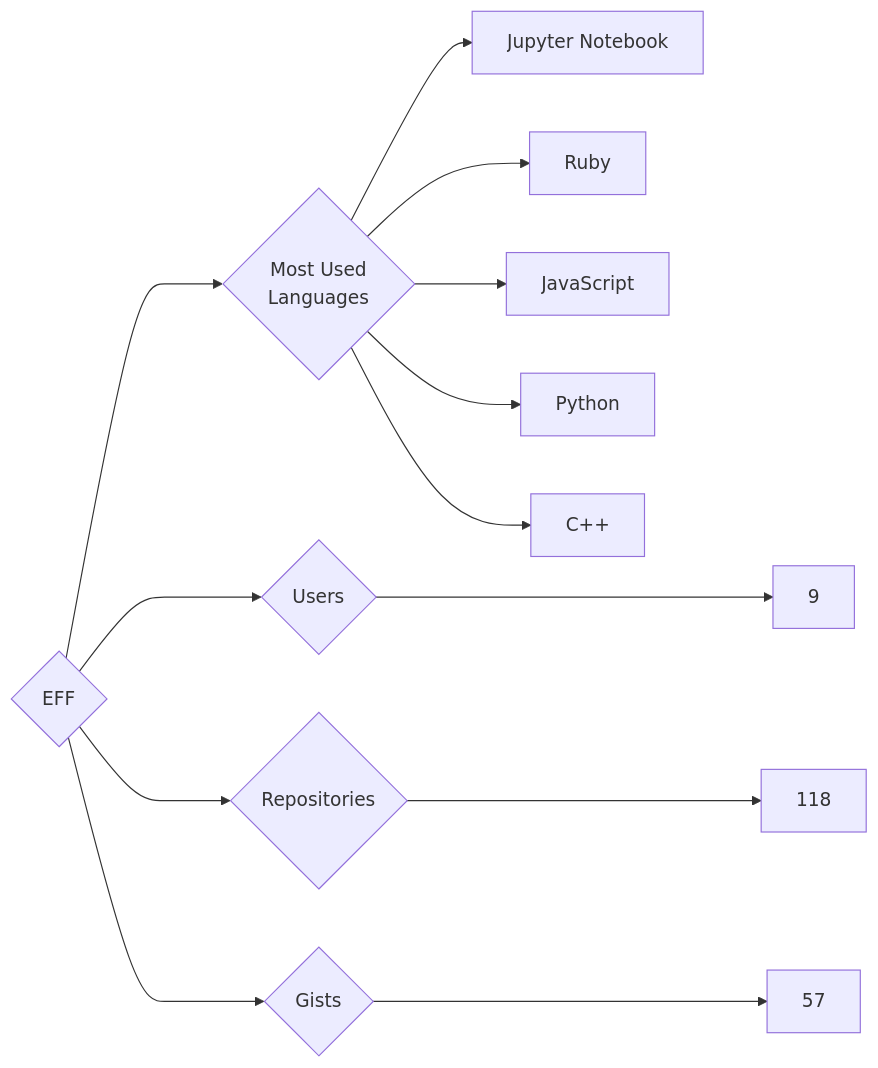
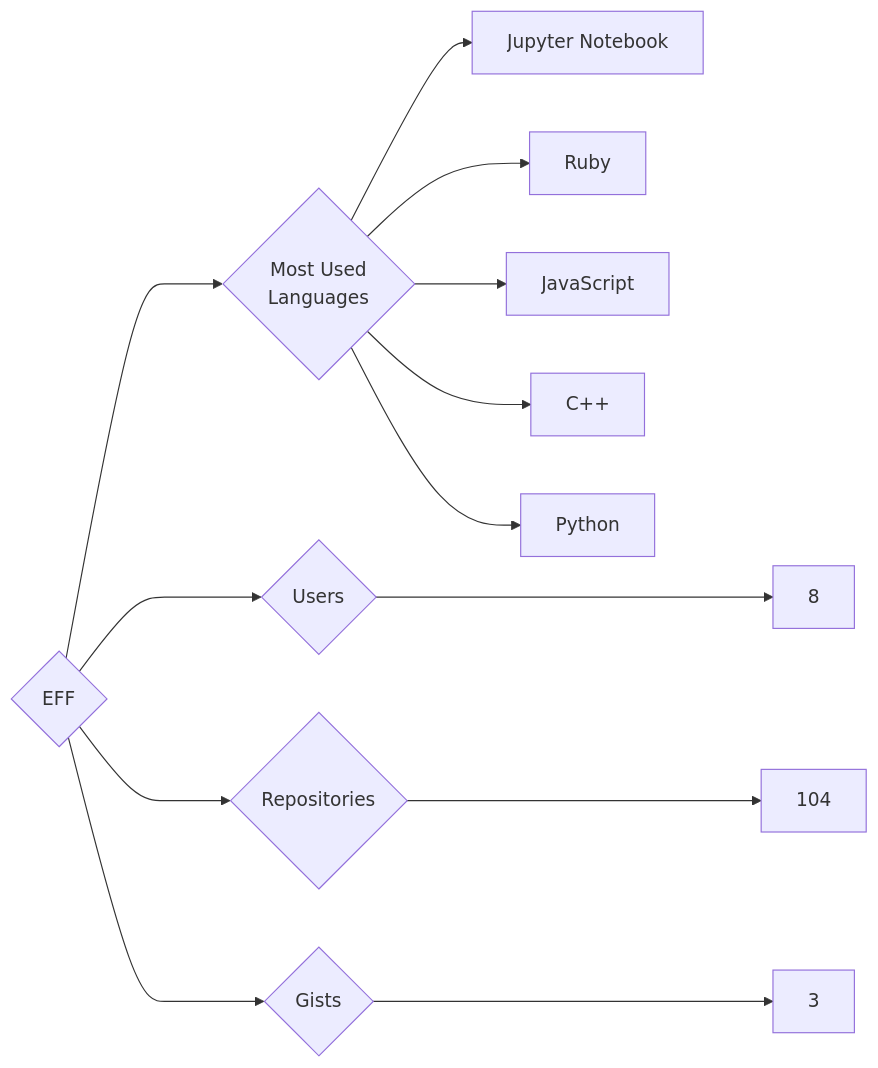
One commit to trickest/insiders changed the diagram in targets/EFF/README.md. Above: the diagram before and after it, drawn with Mermaid. The commit also changed 870 other files, not shown here.

````diff
--- a/targets/EFF/README.md
+++ b/targets/EFF/README.md
@@ -3,13 +3,13 @@
 ```mermaid
 graph LR
 COMPANY_NAME{EFF}
-COMPANY_NAME ---> U{Users} ---> UN[9]
-COMPANY_NAME ---> R{Repositories} ---> RN[118]
-COMPANY_NAME ---> G{Gists} ---> GN[57]
+COMPANY_NAME ---> U{Users} ---> UN[8]
+COMPANY_NAME ---> R{Repositories} ---> RN[104]
+COMPANY_NAME ---> G{Gists} ---> GN[3]
 COMPANY_NAME ---> ML{Most Used<br>Languages}
 ML --> Jupyter_Notebook[Jupyter Notebook]
 ML --> Ruby[Ruby]
 ML --> JavaScript[JavaScript]
+ML --> C++[C++]
 ML --> Python[Python]
-ML --> C++[C++]
 ```
````
